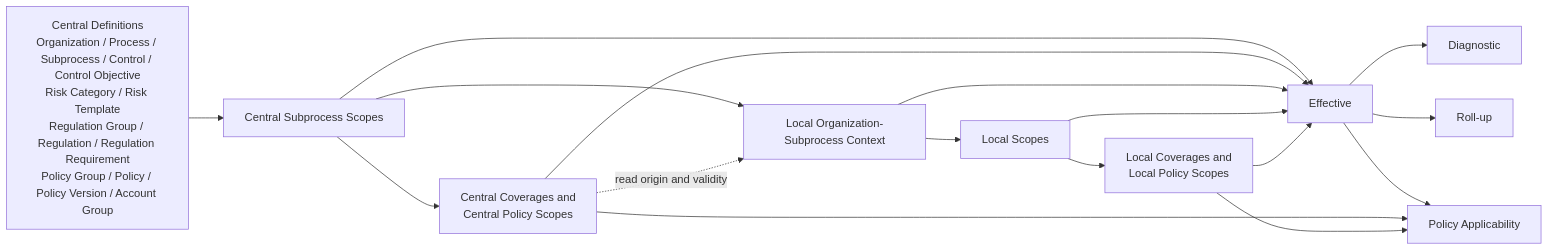
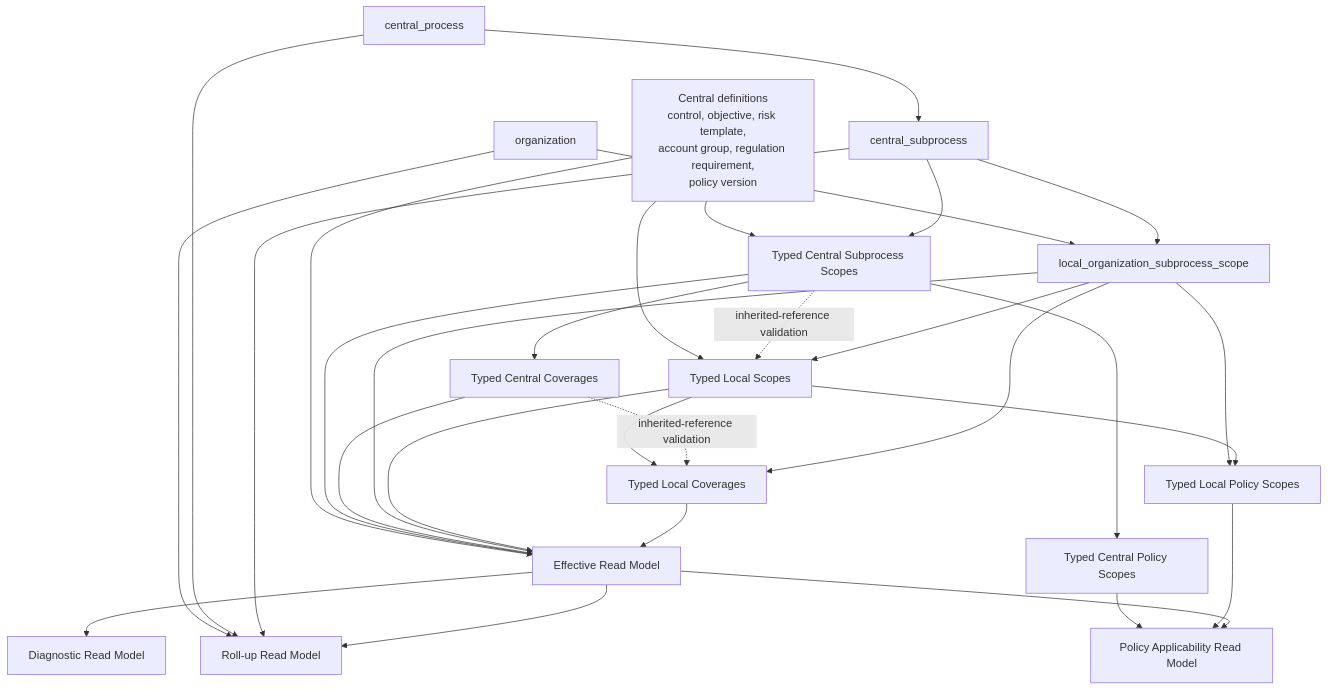
One commit to cheshmapoosh/digiaudit-grcpc changed the first of 3 diagrams in grcpc-docs/master-data/dependency-map.md. Above: the diagram before and after it, drawn with Mermaid. The commit also changed other lines of this file and 7 other files, not shown here.

````diff
--- a/grcpc-docs/master-data/dependency-map.md
+++ b/grcpc-docs/master-data/dependency-map.md
@@ -49,30 +30,48 @@
 ```mermaid
-flowchart LR
-  CD[Central Definitions\nOrganization / Process / Subprocess / Control / Control Objective\nRisk Category / Risk Template\nRegulation Group / Regulation / Regulation Requirement\nPolicy Group / Policy / Policy Version / Account Group]
-  CS[Central Subprocess Scopes]
-  CC[Central Coverages and\nCentral Policy Scopes]
-  LC[Local Organization-Subprocess Context]
-  LS[Local Scopes]
-  LV[Local Coverages and\nLocal Policy Scopes]
-  ER[Effective]
-  DR[Diagnostic]
-  RR[Roll-up]
-  PA[Policy Applicability]
+flowchart TD
+    Org[organization]
+    Proc[central_process]
+    Sub[central_subprocess]
+    Defs[Central definitions<br/>control, objective, risk template,<br/>account group, regulation requirement,<br/>policy version]
+    CS[Typed Central Subprocess Scopes]
+    CC[Typed Central Coverages]
+    CPS[Typed Central Policy Scopes]
+    LCtx[local_organization_subprocess_scope]
+    LS[Typed Local Scopes]
+    LC[Typed Local Coverages]
+    LPS[Typed Local Policy Scopes]
+    Eff[Effective Read Model]
+    Diag[Diagnostic Read Model]
+    Roll[Roll-up Read Model]
+    Pol[Policy Applicability Read Model]
 
-  CD --> CS
-  CS --> CC
-  CS --> LC
-  CC -. read origin and validity .-> LC
-  LC --> LS
-  LS --> LV
-  CS --> ER
-  CC --> ER
-  LC --> ER
-  LS --> ER
-  LV --> ER
-  ER --> DR
-  ER --> RR
-  ER --> PA
-  CC --> PA
-  LV --> PA
+    Proc --> Sub
+    Defs --> CS
+    Sub --> CS
+    CS --> CC
+    CS --> CPS
+    Org --> LCtx
+    Sub --> LCtx
+    Defs --> LS
+    CS -. inherited-reference validation .-> LS
+    LCtx --> LS
+    LS --> LC
+    CC -. inherited-reference validation .-> LC
+    LCtx --> LC
+    LCtx --> LPS
+    LS --> LPS
+    CPS --> Pol
+    LPS --> Pol
+    Defs --> Eff
+    CS --> Eff
+    CC --> Eff
+    LCtx --> Eff
+    LS --> Eff
+    LC --> Eff
+    Eff --> Diag
+    Org --> Roll
+    Proc --> Roll
+    Sub --> Roll
+    Eff --> Roll
+    Eff --> Pol
 ```
````
